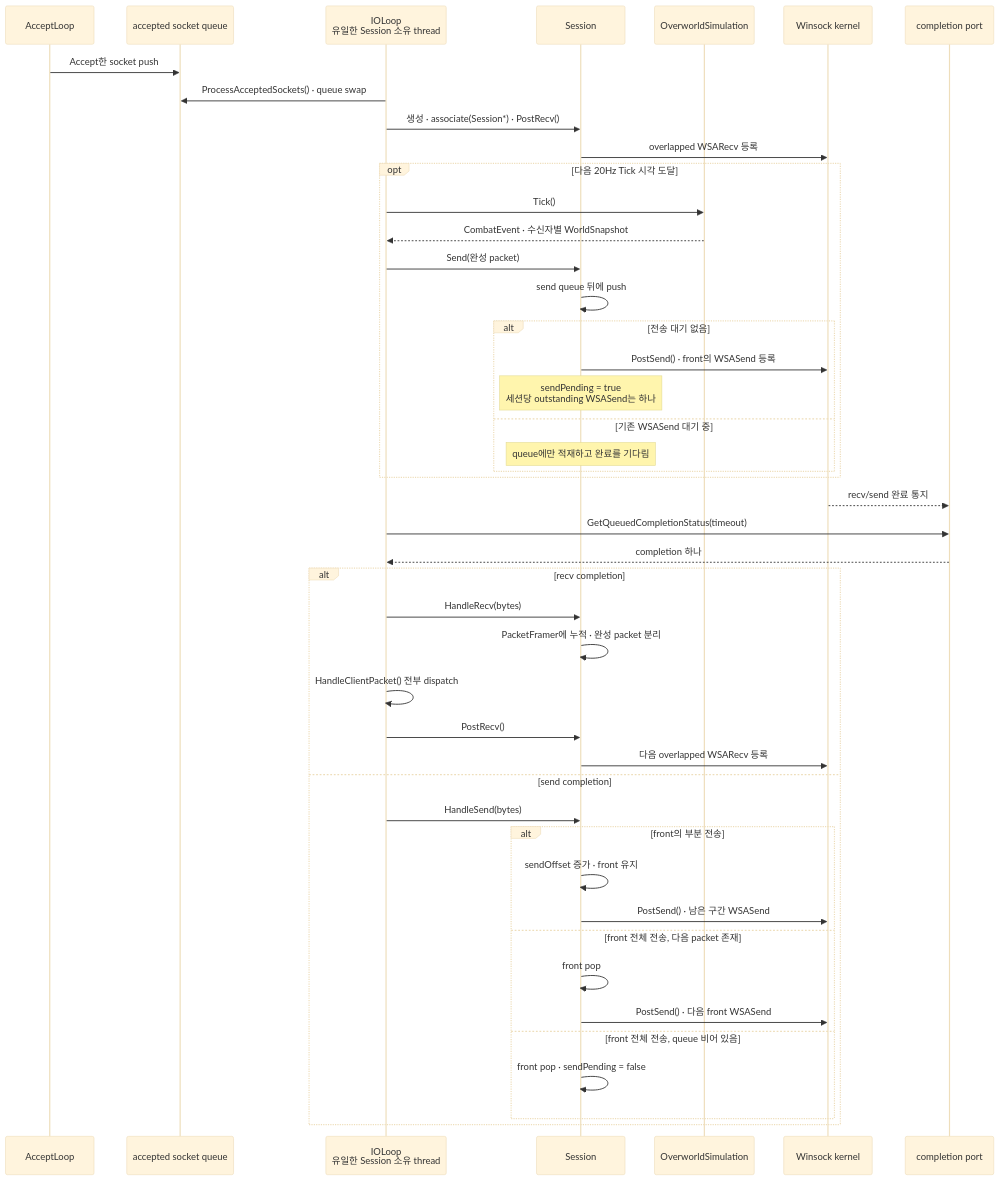
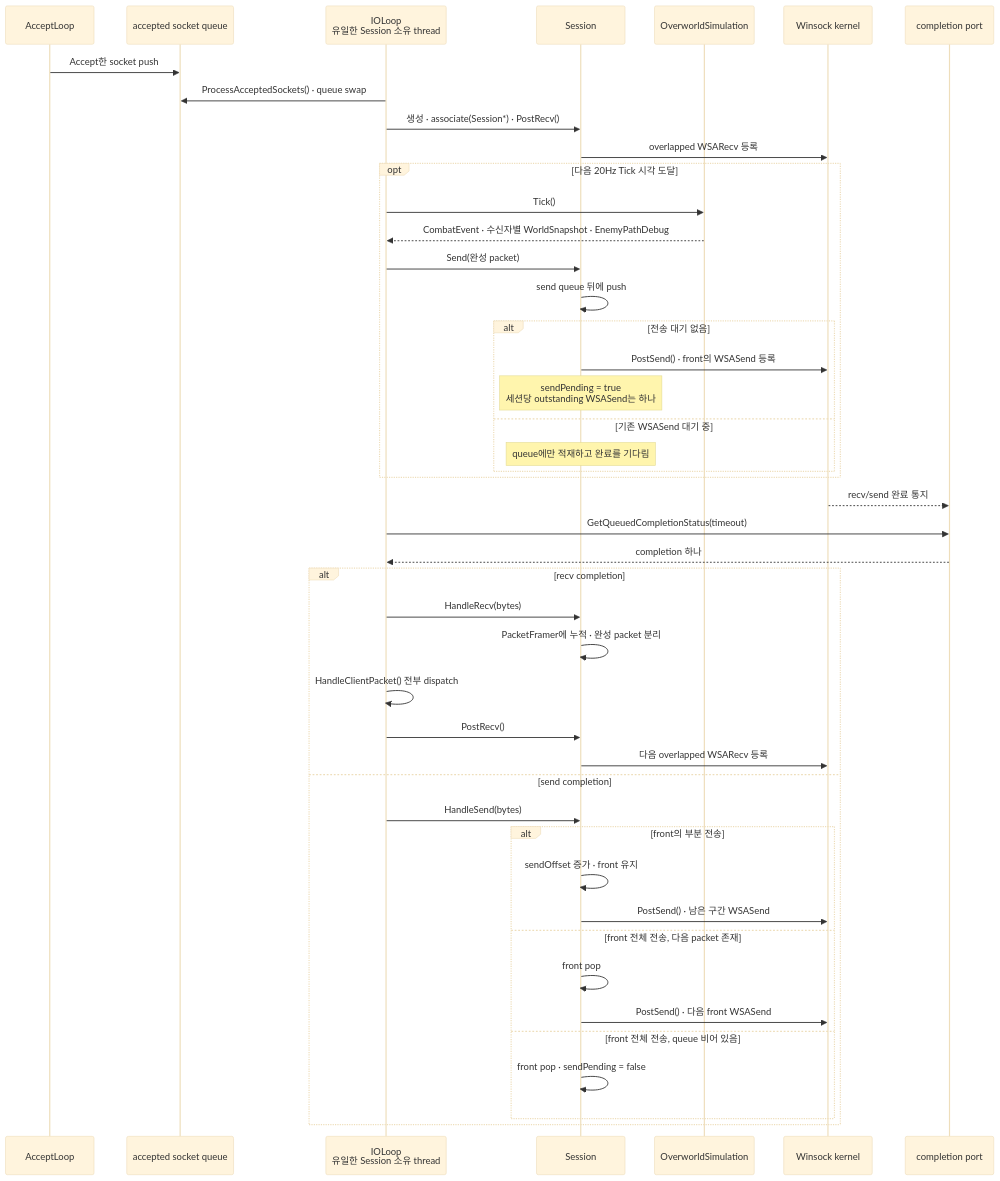
The second of 3 diagrams in docs/z1/ARCHITECTURE.md (9kyo-hwang/ConsoleGameProject), drawn with Mermaid (base theme) before and after one commit. The commit also changed other lines of this file and 17 other files, not shown here.

````diff
--- a/docs/z1/ARCHITECTURE.md
+++ b/docs/z1/ARCHITECTURE.md
@@ -124,51 +124,51 @@
 ```mermaid
 sequenceDiagram
     participant Accept as AcceptLoop
     participant Pending as accepted socket queue
     participant IO as IOLoop<br/>유일한 Session 소유 thread
     participant Session
     participant World as OverworldSimulation
     participant Kernel as Winsock kernel
     participant IOCP as completion port
 
     Accept->>Pending: Accept한 socket push
     IO->>Pending: ProcessAcceptedSockets() · queue swap
     IO->>Session: 생성 · associate(Session*) · PostRecv()
     Session->>Kernel: overlapped WSARecv 등록
 
     opt 다음 20Hz Tick 시각 도달
         IO->>World: Tick()
-        World-->>IO: CombatEvent · 수신자별 WorldSnapshot
+        World-->>IO: CombatEvent · 수신자별 WorldSnapshot · EnemyPathDebug
         IO->>Session: Send(완성 packet)
         Session->>Session: send queue 뒤에 push
         alt 전송 대기 없음
             Session->>Kernel: PostSend() · front의 WSASend 등록
             Note over Session: sendPending = true<br/>세션당 outstanding WSASend는 하나
         else 기존 WSASend 대기 중
             Note over Session: queue에만 적재하고 완료를 기다림
         end
     end
 
     Kernel-->>IOCP: recv/send 완료 통지
     IO->>IOCP: GetQueuedCompletionStatus(timeout)
     IOCP-->>IO: completion 하나
 
     alt recv completion
         IO->>Session: HandleRecv(bytes)
         Session->>Session: PacketFramer에 누적 · 완성 packet 분리
         IO->>IO: HandleClientPacket() 전부 dispatch
         IO->>Session: PostRecv()
         Session->>Kernel: 다음 overlapped WSARecv 등록
     else send completion
         IO->>Session: HandleSend(bytes)
         alt front의 부분 전송
             Session->>Session: sendOffset 증가 · front 유지
             Session->>Kernel: PostSend() · 남은 구간 WSASend
         else front 전체 전송, 다음 packet 존재
             Session->>Session: front pop
             Session->>Kernel: PostSend() · 다음 front WSASend
         else front 전체 전송, queue 비어 있음
             Session->>Session: front pop · sendPending = false
         end
     end
 ```
````
